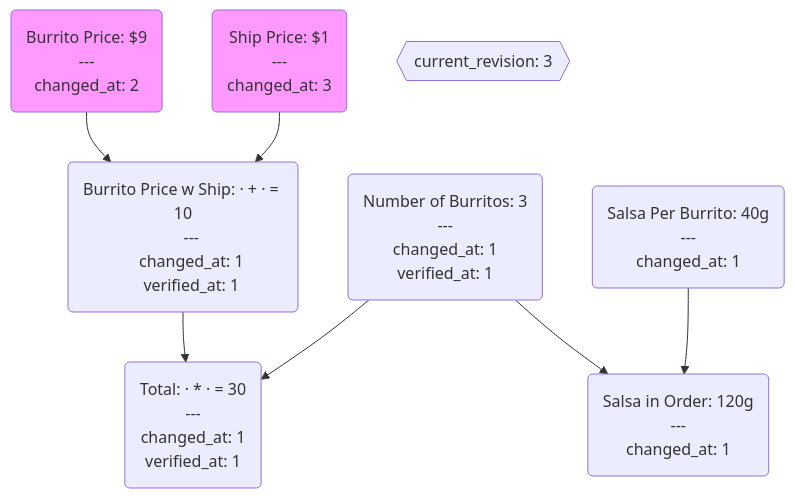
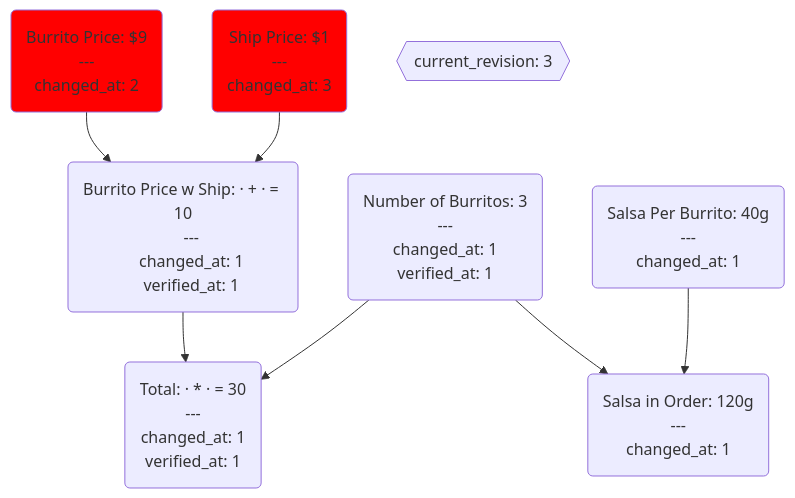
One commit to xffxff/xffxff.github.io changed the fifth of 6 diagrams in drafts/salsa.md. Above: the diagram before and after it, drawn with Mermaid. The commit also changed other lines of this file, not shown here.

````diff
--- a/drafts/salsa.md
+++ b/drafts/salsa.md
@@ -128,51 +128,51 @@
 ```mermaid
 graph TD;
 
     bp("Burrito Price: $9 
     ---
     changed_at: 2")
 
-    style bp fill:#f9f;
+    style bp fill:red;
 
     bpws("Burrito Price w Ship: · + · = 10
     ---
     changed_at: 1
     verified_at: 1
     ");
 
     bp-->bpws
 
     sp("Ship Price: $1
     ---
     changed_at: 3");
 
     sp-->bpws;
 
     nb("Number of Burritos: 3
     ---
     changed_at: 1
     verified_at: 1
     ")-->total;
 
-    style sp fill:#f9f;
+    style sp fill:red;
 
     bpws-->total;
 
     total("Total: · * · = 30
     ---
     changed_at: 1
     verified_at: 1
     ");
 
     spb("Salsa Per Burrito: 40g
     ---
     changed_at: 1") --> salsa;
 
     nb-->salsa;
 
     salsa("Salsa in Order: 120g
     ---
     changed_at: 1");
 
     current_revision{{current_revision: 3}};
 ```
````
